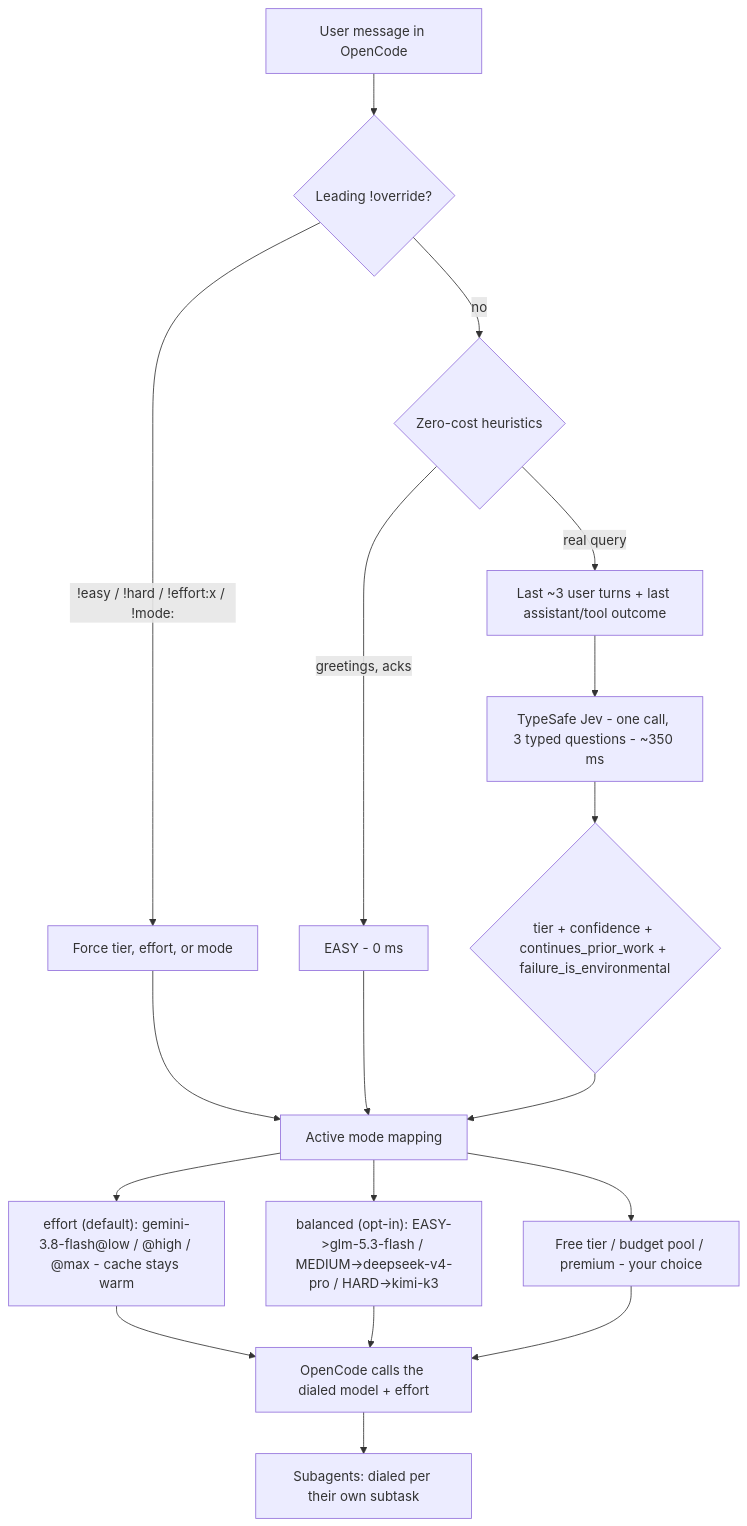
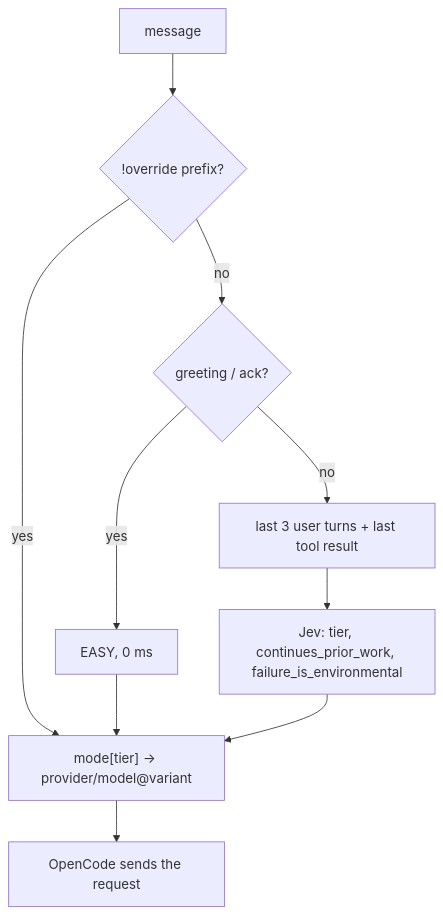
Before and after one commit to ajaleelp/prompt-demux: the diagram in README.md, drawn with Mermaid. The commit also changed other lines of this file, not shown here.

````diff
--- a/README.md
+++ b/README.md
@@ -151,20 +160,11 @@
 ```mermaid
 flowchart TD
-    A["User message in OpenCode"] --> B{"Leading !override?"}
-    B -- "!easy / !hard / !effort:x / !mode:" --> C["Force tier, effort, or mode"]
-    B -- no --> D{"Zero-cost heuristics"}
-    D -- "greetings, acks" --> E["EASY - 0 ms"]
-    D -- "real query" --> S["Last ~3 user turns + last assistant/tool outcome"]
-    S --> F["TypeSafe Jev - one call, 3 typed questions - ~350 ms"]
-    F --> G{"tier + confidence + continues_prior_work + failure_is_environmental"}
-    C --> H["Active mode mapping"]
-    E --> H
-    G --> H
-    H --> I["effort (default): gemini-3.8-flash@low / @high / @max - cache stays warm"]
-    H --> I2["balanced (opt-in): EASY->glm-5.3-flash / MEDIUM->deepseek-v4-pro / HARD->kimi-k3"]
-    I --> K["OpenCode calls the dialed model + effort"]
-    I2 --> K
-    H --> J["Free tier / budget pool / premium - your choice"]
-    J --> K
-    K --> L["Subagents: dialed per their own subtask"]
+    A["message"] --> B{"!override prefix?"}
+    B -- yes --> H
+    B -- no --> C{"greeting / ack?"}
+    C -- yes --> E["EASY, 0 ms"] --> H
+    C -- no --> D["last 3 user turns + last tool result"]
+    D --> F["Jev: tier, continues_prior_work, failure_is_environmental"]
+    F --> H["mode[tier] → provider/model@variant"]
+    H --> I["OpenCode sends the request"]
 ```
````
